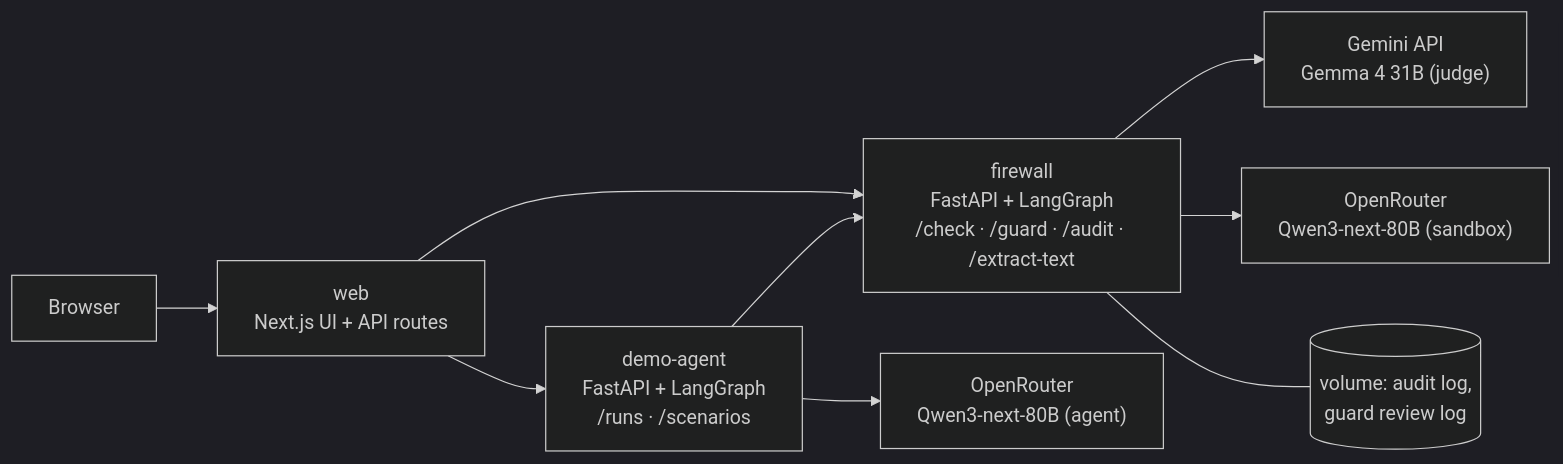
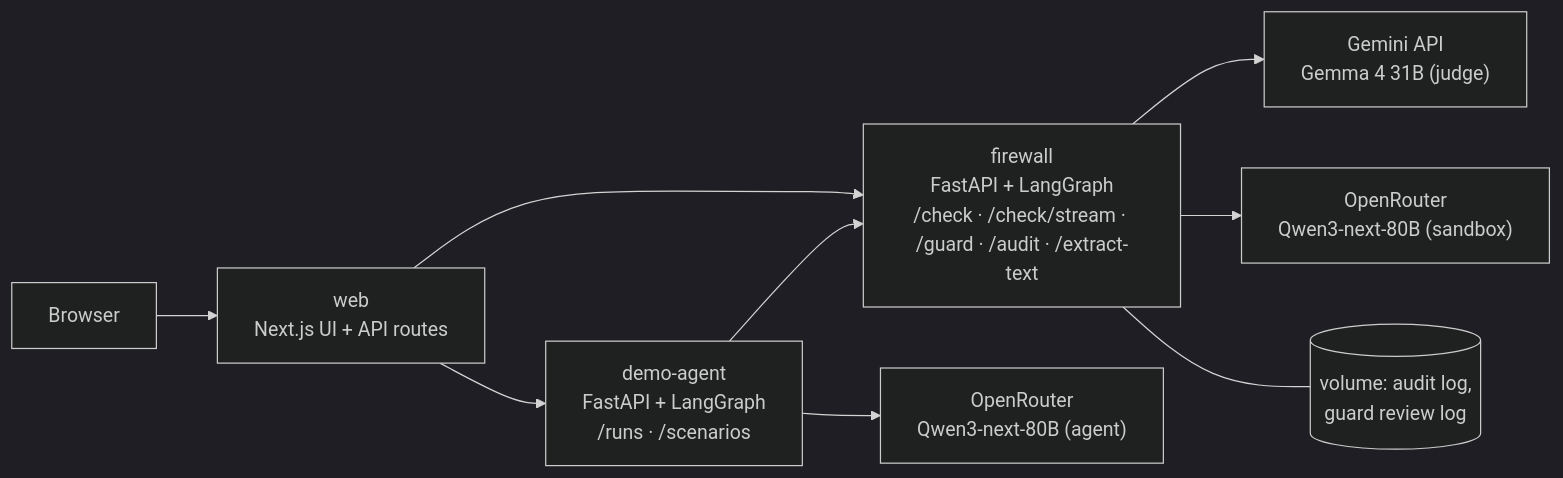
The second of 3 diagrams in docs/architecture.md (nippunrana/et-prompt-firewall), drawn with Mermaid (dark theme) before and after one commit. The commit also changed other lines of this file and 18 other files, not shown here.

````diff
--- a/docs/architecture.md
+++ b/docs/architecture.md
@@ -28,11 +28,11 @@
 ```mermaid
 flowchart LR
     B["Browser"] --> W["web<br/>Next.js UI + API routes"]
-    W --> F["firewall<br/>FastAPI + LangGraph<br/>/check · /guard · /audit · /extract-text"]
+    W --> F["firewall<br/>FastAPI + LangGraph<br/>/check · /check/stream · /guard · /audit · /extract-text"]
     W --> A["demo-agent<br/>FastAPI + LangGraph<br/>/runs · /scenarios"]
     A --> F
     F --> G["Gemini API<br/>Gemma 4 31B (judge)"]
     F --> O["OpenRouter<br/>Qwen3-next-80B (sandbox)"]
     A --> O2["OpenRouter<br/>Qwen3-next-80B (agent)"]
     F --- V[("volume: audit log,<br/>guard review log")]
 ```
````
